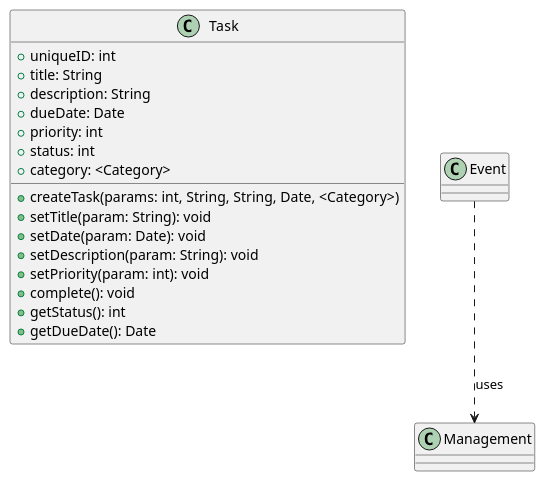
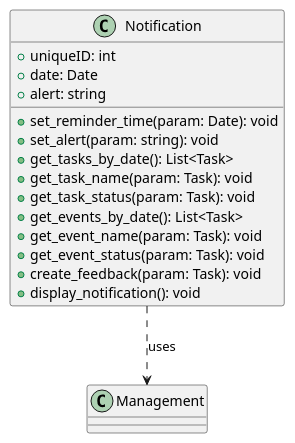
One commit to CS361-2024Fall-Term/Innovators changed the diagram in assignment6/task.puml. Above: the diagram before and after it, drawn with PlantUML. The commit also changed 2 other files, not shown here.

Commit message:
change in Events and Tasks

```diff
--- a/assignment6/task.puml
+++ b/assignment6/task.puml
@@ -1,23 +1,23 @@
 @startuml
 
-class Task {
-  +uniqueID: int
-  +title: String
-  +description: String
-  +dueDate: Date
-  +priority: int
-  +status: int
-  +category: <Category>
-  +createTask(params: int, String, String, Date, <Category>)
-  +setTitle(param: String): void
-  +setDate(param: Date): void
-  +setDescription(param: String): void
-  +setPriority(param: int): void
-  +complete(): void
-  +getStatus(): int
-  +getDueDate(): Date
+class Notification {
+  +uniqueID: int  
+  +date: Date
+  +alert: string
+  
+  +set_reminder_time(param: Date): void
+  +set_alert(param: string): void
+  +get_tasks_by_date(): List<Task>
+  +get_task_name(param: Task): void
+  +get_task_status(param: Task): void
+  +get_events_by_date(): List<Task>
+  +get_event_name(param: Task): void
+  +get_event_status(param: Task): void
+  +create_feedback(param: Task): void
+  +display_notification(): void
 }
 
-Event ..> Management: uses
+Notification ..> Management: uses
+
 
 @enduml
```
